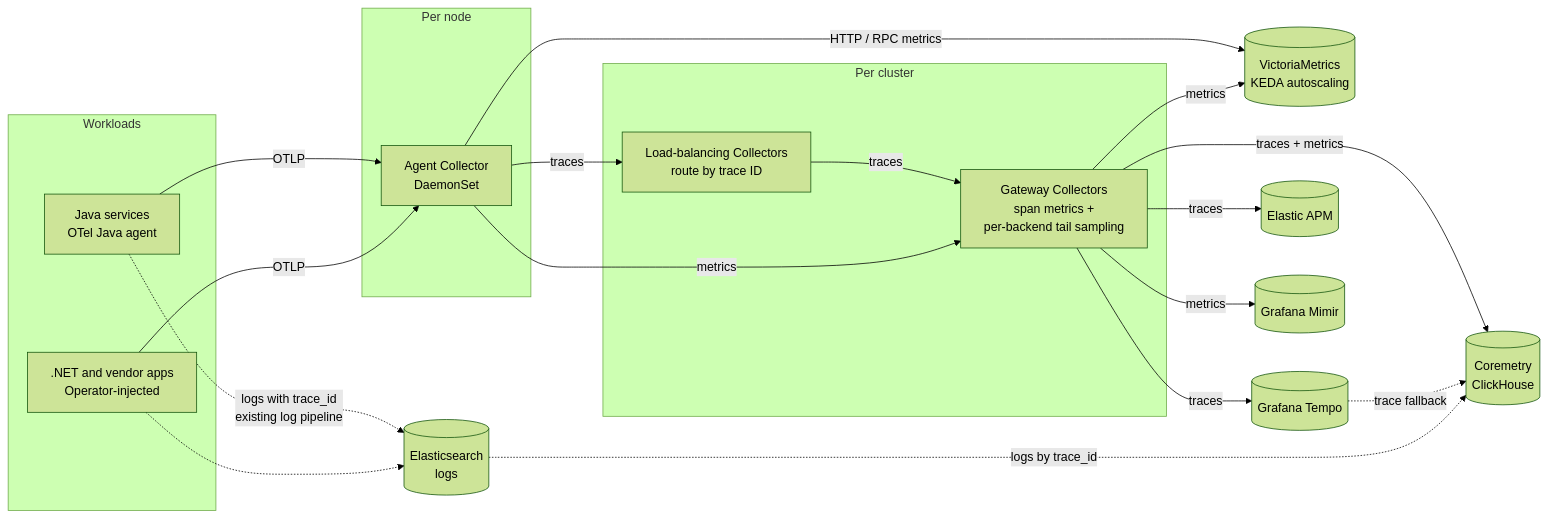
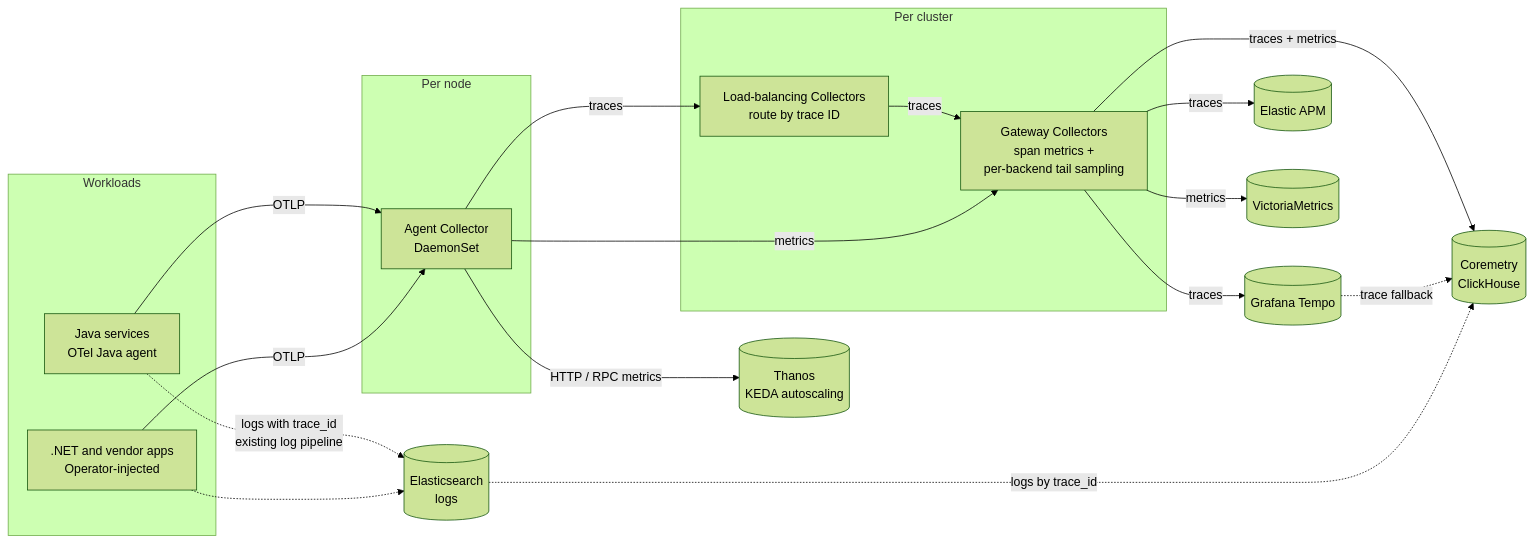
Before and after one commit to open-telemetry/opentelemetry.io: the diagram in content/en/docs/guidance/reference-implementations/akbank/index.md, drawn with Mermaid (forest theme). The commit also changed other lines of this file, not shown here.

Commit message:
Akbank reference implementation: Mimir no longer used; KEDA reads Thanos, gateway metrics go to VictoriaMetrics

````diff
--- a/content/en/docs/guidance/reference-implementations/akbank/index.md
+++ b/content/en/docs/guidance/reference-implementations/akbank/index.md
@@ -141,29 +141,28 @@
 ```mermaid
 graph LR
   subgraph Workloads
     J[Java services<br/>OTel Java agent]
     N[.NET and vendor apps<br/>Operator-injected]
   end
   subgraph Per node
     A[Agent Collector<br/>DaemonSet]
   end
   subgraph Per cluster
     LB[Load-balancing Collectors<br/>route by trace ID]
     G[Gateway Collectors<br/>span metrics +<br/>per-backend tail sampling]
   end
   J -->|OTLP| A
   N -->|OTLP| A
   A -->|traces| LB
   LB -->|traces| G
   A -->|metrics| G
-  A -->|HTTP / RPC metrics| K[(VictoriaMetrics<br/>KEDA autoscaling)]
+  A -->|HTTP / RPC metrics| K[(Thanos<br/>KEDA autoscaling)]
   G -->|traces| T[(Grafana Tempo)]
   G -->|traces| EA[(Elastic APM)]
   G -->|traces + metrics| C[(Coremetry<br/>ClickHouse)]
-  G -->|metrics| M[(Grafana Mimir)]
-  G -->|metrics| K
+  G -->|metrics| M[(VictoriaMetrics)]
   J -.->|logs with trace_id<br/>existing log pipeline| E[(Elasticsearch<br/>logs)]
   N -.-> E
   T -.->|trace fallback| C
   E -.->|logs by trace_id| C
 ```
````
